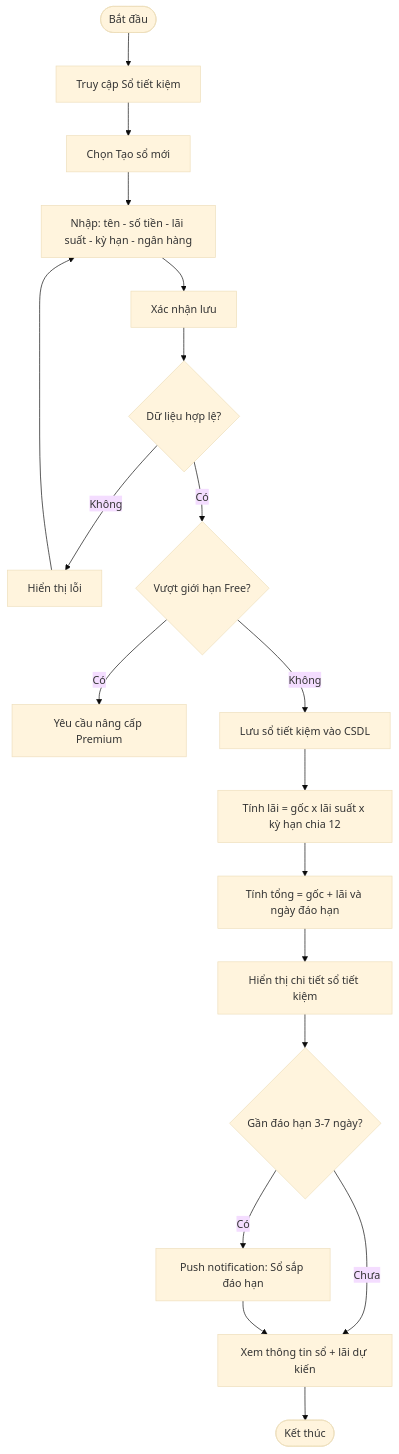
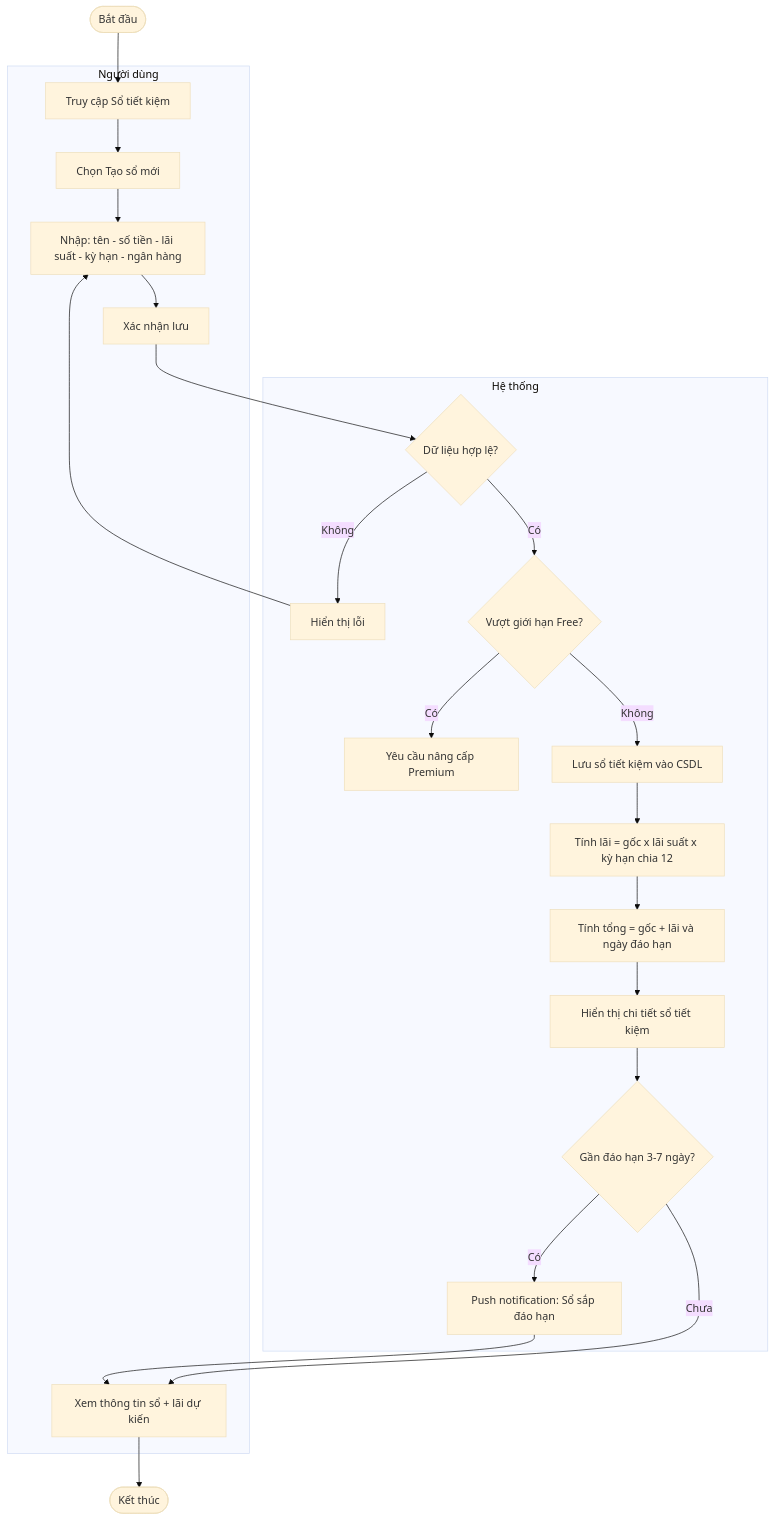
The eighth of 10 diagrams in Nghiên cứu MISA MoneyKeeper.md (Hieu-vn/Graduation-Thesis), drawn with Mermaid (base theme) before and after one commit. The commit also changed other lines of this file, not shown here.

````diff
--- a/Nghiên cứu MISA MoneyKeeper.md
+++ b/Nghiên cứu MISA MoneyKeeper.md
@@ -248,20 +421,45 @@
 ```mermaid
 flowchart TD
-    A([Bắt đầu]) --> B[Truy cập Sổ tiết kiệm]
-    B --> C[Chọn Tạo sổ mới]
-    C --> D[Nhập: tên - số tiền - lãi suất - kỳ hạn - ngân hàng]
-    D --> E[Xác nhận lưu]
-    E --> F{Dữ liệu hợp lệ?}
-    F -->|Không| F2[Hiển thị lỗi] --> D
-    F -->|Có| G{Vượt giới hạn Free?}
-    G -->|Có| G2[Yêu cầu nâng cấp Premium]
-    G -->|Không| H[Lưu sổ tiết kiệm vào CSDL]
-    H --> I[Tính lãi = gốc x lãi suất x kỳ hạn chia 12]
-    I --> I2[Tính tổng = gốc + lãi và ngày đáo hạn]
-    I2 --> I3[Hiển thị chi tiết sổ tiết kiệm]
-    I3 --> J{Gần đáo hạn 3-7 ngày?}
-    J -->|Có| J2[Push notification: Sổ sắp đáo hạn]
-    J -->|Chưa| K[Xem thông tin sổ + lãi dự kiến]
+    A([Bắt đầu])
+
+    subgraph NguoiDung["Người dùng"]
+        B[Truy cập Sổ tiết kiệm]
+        C[Chọn Tạo sổ mới]
+        D[Nhập: tên - số tiền - lãi suất - kỳ hạn - ngân hàng]
+        E[Xác nhận lưu]
+        K[Xem thông tin sổ + lãi dự kiến]
+    end
+
+    subgraph HeThong["Hệ thống"]
+        F{Dữ liệu hợp lệ?}
+        F2[Hiển thị lỗi]
+        G{Vượt giới hạn Free?}
+        G2[Yêu cầu nâng cấp Premium]
+        H[Lưu sổ tiết kiệm vào CSDL]
+        I[Tính lãi = gốc x lãi suất x kỳ hạn chia 12]
+        I2[Tính tổng = gốc + lãi và ngày đáo hạn]
+        I3[Hiển thị chi tiết sổ tiết kiệm]
+        J{Gần đáo hạn 3-7 ngày?}
+        J2[Push notification: Sổ sắp đáo hạn]
+    end
+
+    L([Kết thúc])
+
+    A --> B
+    B --> C
+    C --> D
+    D --> E
+    E --> F
+    F -->|Không| F2 --> D
+    F -->|Có| G
+    G -->|Có| G2
+    G -->|Không| H
+    H --> I
+    I --> I2
+    I2 --> I3
+    I3 --> J
+    J -->|Có| J2
+    J -->|Chưa| K
     J2 --> K
-    K --> L([Kết thúc])
+    K --> L
 ```
````
